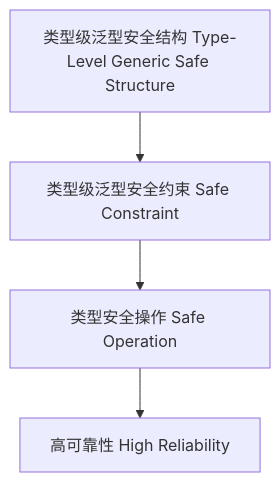
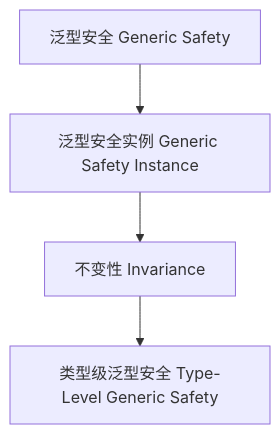
Before and after one commit to AdaMartin18010/haskell: the diagram in docs/analysis/Type/01-Type-Level-Generic-Safety.md, drawn with Mermaid. The commit also changed other lines of this file and 21 other files, not shown here.

````diff
--- a/docs/analysis/Type/01-Type-Level-Generic-Safety.md
+++ b/docs/analysis/Type/01-Type-Level-Generic-Safety.md
@@ -63,6 +67,6 @@
 ```mermaid
 graph TD
-  A[类型级泛型安全结构 Type-Level Generic Safe Structure] --> B[类型级泛型安全约束 Safe Constraint]
-  B --> C[类型安全操作 Safe Operation]
-  C --> D[高可靠性 High Reliability]
+  A[泛型安全 Generic Safety] --> B[泛型安全实例 Generic Safety Instance]
+  B --> C[不变性 Invariance]
+  C --> D[类型级泛型安全 Type-Level Generic Safety]
 ```
````
